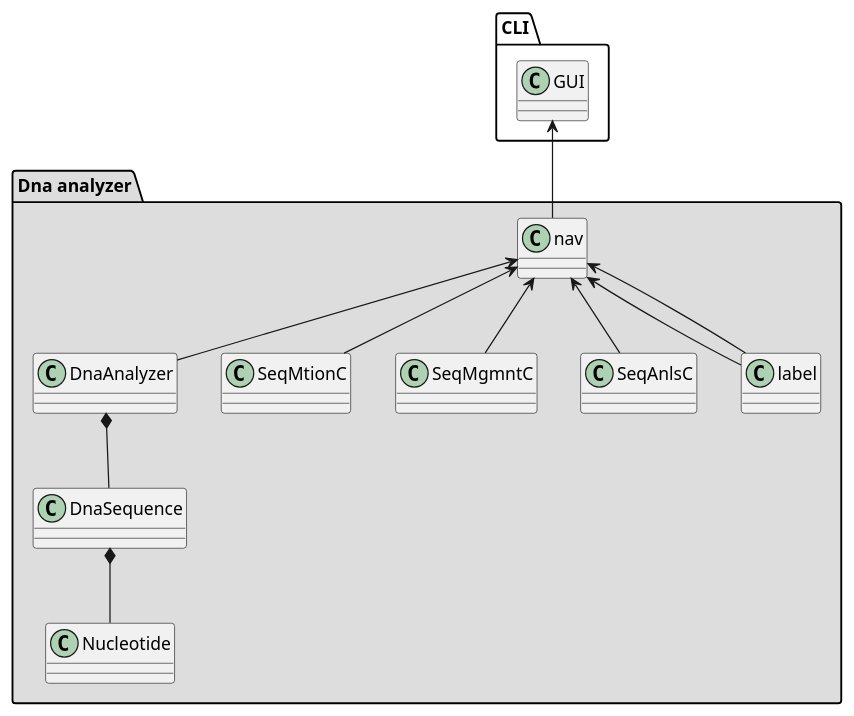
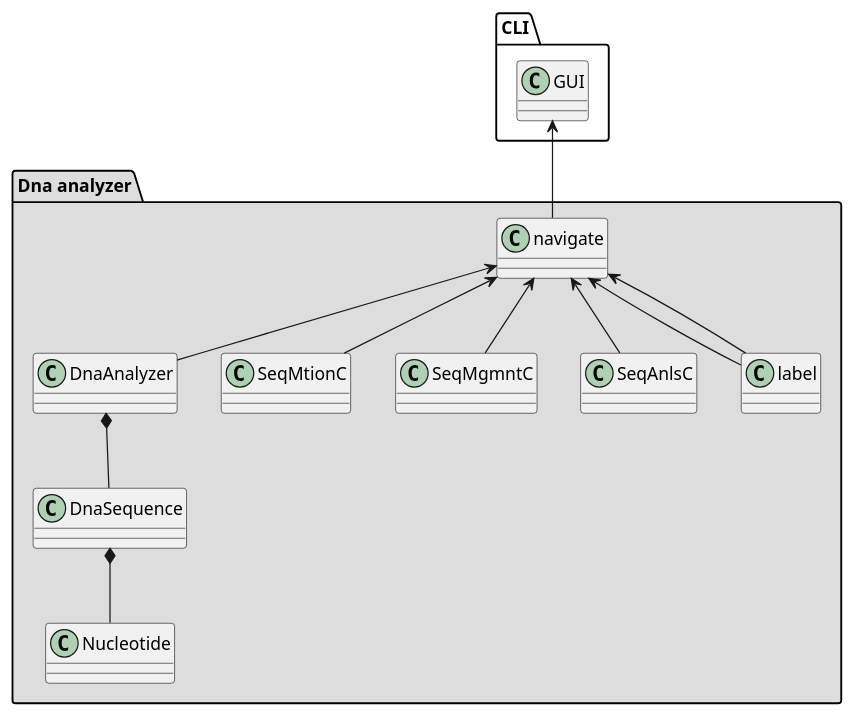
One commit to MarwanHalabi/dna-analyzer-project changed the third of 3 diagrams in UML.md. Above: the diagram before and after it, drawn with PlantUML. The commit also changed other lines of this file and 5 other files, not shown here.

````diff
--- a/UML.md
+++ b/UML.md
@@ -172,18 +228,18 @@
 ```plantuml
 @startuml
 
 package "Dna analyzer" #DDDDDD {
     DnaAnalyzer *-- DnaSequence
     DnaSequence *-- Nucleotide
-    nav <-- DnaAnalyzer
-    nav <-- SeqMtionC
-    nav <-- SeqMgmntC
-    nav <-- SeqAnlsC
-    nav <-- label
-    nav <-- label
+    navigate <-- DnaAnalyzer
+    navigate <-- SeqMtionC
+    navigate <-- SeqMgmntC
+    navigate <-- SeqAnlsC
+    navigate <-- label
+    navigate <-- label
 }
 package CLI {
-    GUI <-- nav
+    GUI <-- navigate
 }
 @enduml
 ```
````
